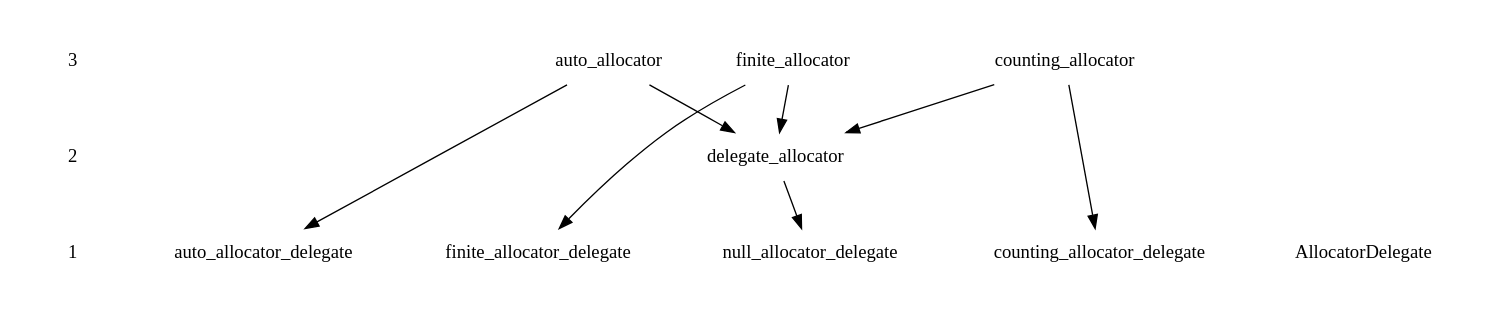
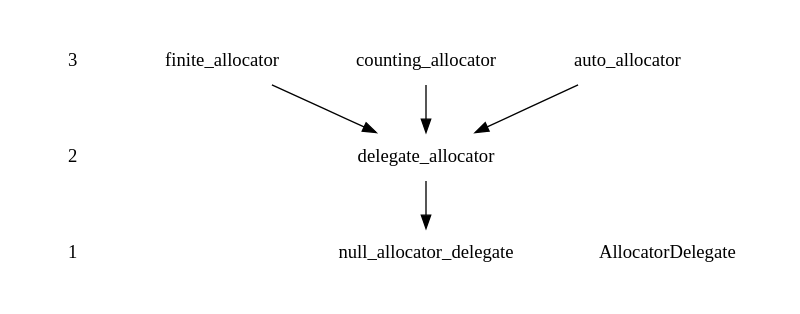
The diagram in doc/level.dot (jeffs/tgc), drawn with Graphviz before and after one commit. The commit also changed 8 other files, not shown here.

```diff
--- a/doc/level.dot
+++ b/doc/level.dot
@@ -1,34 +1,32 @@
 digraph Levels {
     compound=true;
     fontsize=12;
     node [shape=none];
     style=invis;
 
     subgraph cluster_legend {
         edge [style=invis];
 
         3 -> 2 -> 1;
     }
 
+    subgraph cluster_level3 {
+             auto_allocator;
+         counting_allocator;
+           finite_allocator;
+    }
+
     subgraph cluster_level2 {
-             auto_allocator;
-           finite_allocator;
          delegate_allocator;
     }
 
     subgraph cluster_level1 {
                   AllocatorDelegate;
-            auto_allocator_delegate;
             null_allocator_delegate;
-          finite_allocator_delegate;
-        counting_allocator_delegate;
     }
 
          auto_allocator ->          delegate_allocator;
-         auto_allocator ->     auto_allocator_delegate;
        finite_allocator ->          delegate_allocator;
-       finite_allocator ->   finite_allocator_delegate;
      counting_allocator ->          delegate_allocator;
-     counting_allocator -> counting_allocator_delegate;
      delegate_allocator ->     null_allocator_delegate;     // for testing
 }
```
